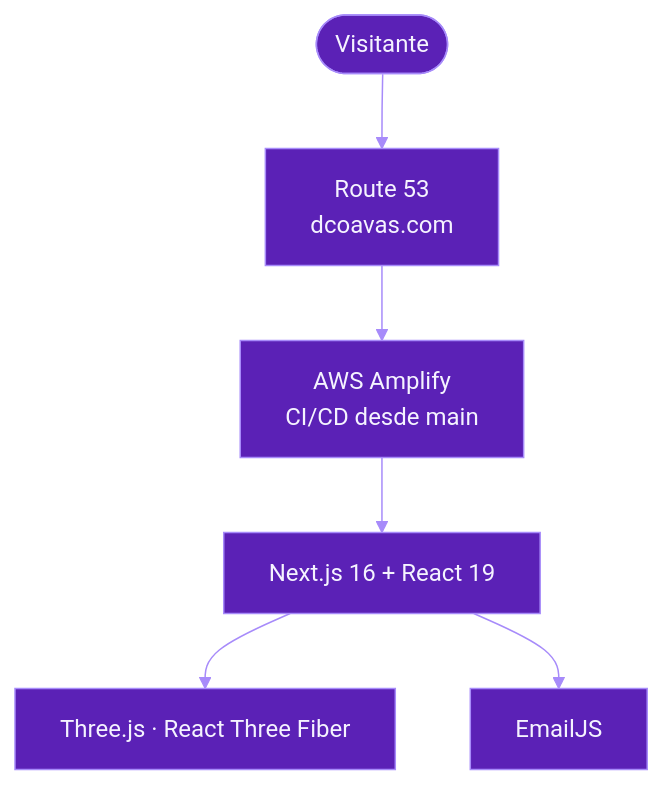
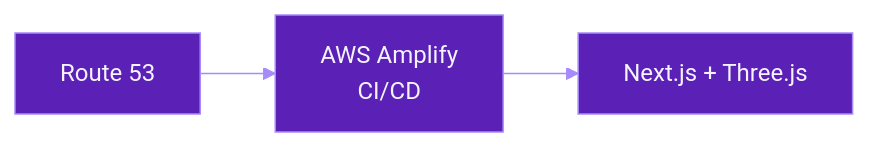
One commit to dannysophi17/dannysophi17 changed the diagram in README.md. Above: the diagram before and after it, drawn with Mermaid. The commit also changed other lines of this file and 3 other files, not shown here.

````diff
--- a/README.md
+++ b/README.md
@@ -70,9 +68,5 @@
 ```mermaid
 %%{init: {'theme':'base','themeVariables':{'primaryColor':'#5B21B6','primaryTextColor':'#F5F3FF','primaryBorderColor':'#A78BFA','lineColor':'#A78BFA','fontFamily':'monospace'}}}%%
-flowchart TD
-  U([Visitante]) --> R[Route 53<br/>dcoavas.com]
-  R --> A[AWS Amplify<br/>CI/CD desde main]
-  A --> N[Next.js 16 + React 19]
-  N --> T[Three.js · React Three Fiber]
-  N --> E[EmailJS]
+flowchart LR
+  R[Route 53] --> A[AWS Amplify<br/>CI/CD] --> N[Next.js + Three.js]
 ```
````
